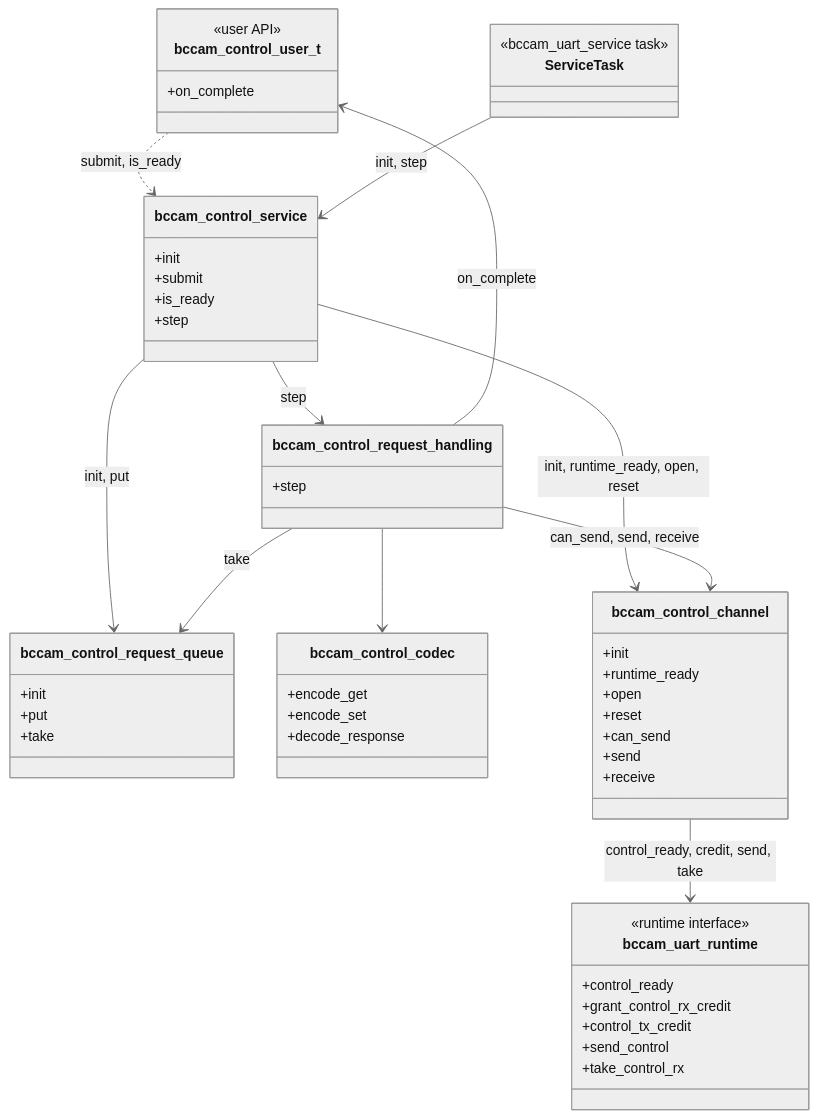
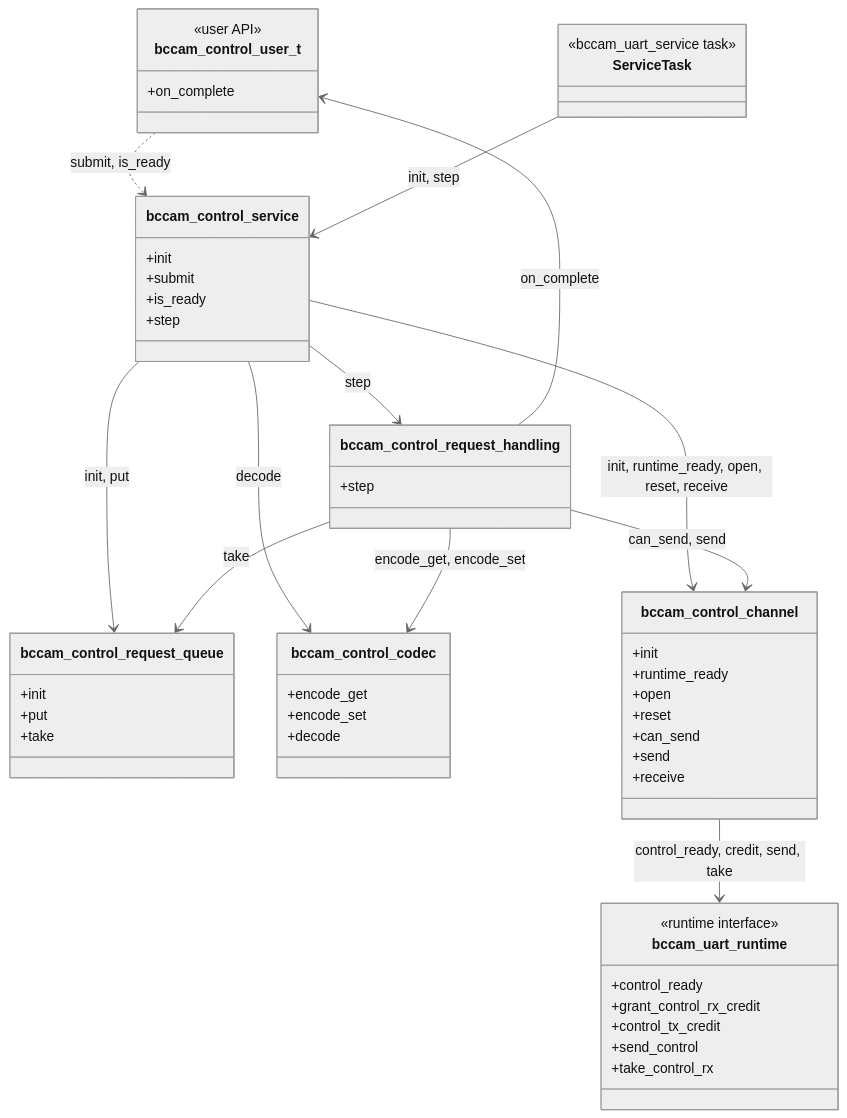
The first of 12 diagrams in docs/functional-areas/camera-deck-control.md (bitcraze/crazyflie-firmware), drawn with Mermaid (neutral theme) before and after one commit. The commit also changed other lines of this file, not shown here.

Commit message:
doc: Parse frame kind first, only input responses to request handling

````diff
--- a/docs/functional-areas/camera-deck-control.md
+++ b/docs/functional-areas/camera-deck-control.md
@@ -150,66 +163,67 @@
 ```mermaid
 classDiagram
     direction TB
 
     class bccam_control_user_t {
         <<user API>>
         +on_complete
     }
 
     class bccam_control_service {
         +init
         +submit
         +is_ready
         +step
     }
 
     class bccam_control_request_queue {
         +init
         +put
         +take
     }
 
     class bccam_control_request_handling {
         +step
     }
 
     class bccam_control_codec {
         +encode_get
         +encode_set
-        +decode_response
+        +decode
     }
 
     class bccam_control_channel {
         +init
         +runtime_ready
         +open
         +reset
         +can_send
         +send
         +receive
     }
 
     class bccam_uart_runtime {
         <<runtime interface>>
         +control_ready
         +grant_control_rx_credit
         +control_tx_credit
         +send_control
         +take_control_rx
     }
 
     class ServiceTask {
         <<bccam_uart_service task>>
     }
 
     bccam_control_user_t ..> bccam_control_service : submit, is_ready
     ServiceTask --> bccam_control_service : init, step
     bccam_control_service --> bccam_control_request_queue : init, put
-    bccam_control_service --> bccam_control_channel : init, runtime_ready, open, reset
+    bccam_control_service --> bccam_control_channel : init, runtime_ready, open, reset, receive
+    bccam_control_service --> bccam_control_codec : decode
     bccam_control_service --> bccam_control_request_handling : step
     bccam_control_request_handling --> bccam_control_request_queue : take
-    bccam_control_request_handling --> bccam_control_codec
-    bccam_control_request_handling --> bccam_control_channel : can_send, send, receive
+    bccam_control_request_handling --> bccam_control_codec : encode_get, encode_set
+    bccam_control_request_handling --> bccam_control_channel : can_send, send
     bccam_control_request_handling --> bccam_control_user_t : on_complete
     bccam_control_channel --> bccam_uart_runtime : control_ready, credit, send, take
 ```
````
